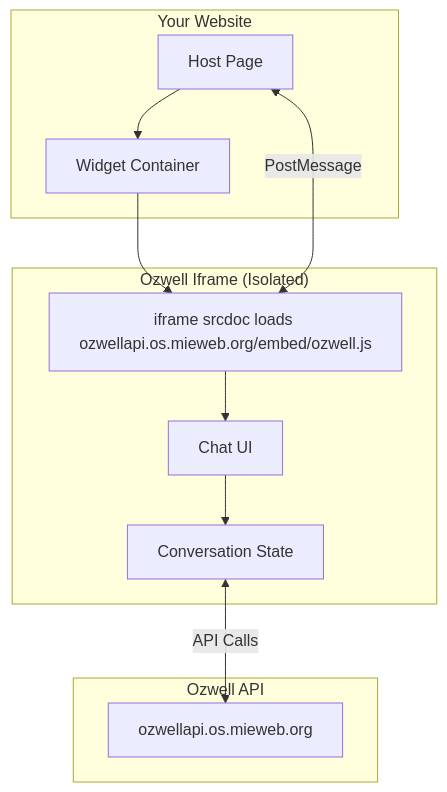
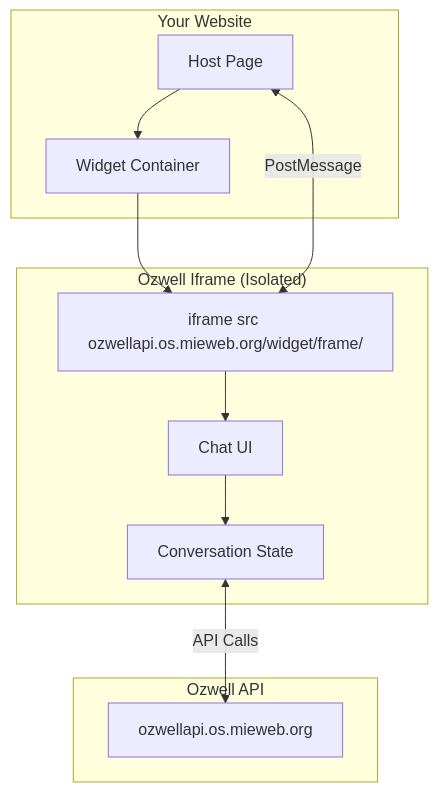
The diagram in docs/frontend/iframe-integration.md (mieweb/ozwellai-api), drawn with Mermaid before and after one commit. The commit also changed other lines of this file and 18 other files, not shown here.

````diff
--- a/docs/frontend/iframe-integration.md
+++ b/docs/frontend/iframe-integration.md
@@ -13,24 +13,24 @@
 ```mermaid
 graph TB
     subgraph "Your Website"
         Parent[Host Page]
         Container[Widget Container]
     end
     
     subgraph "Ozwell Iframe (Isolated)"
-        Iframe[iframe srcdoc loads ozwellapi.os.mieweb.org/embed/ozwell.js]
+        Iframe[iframe src ozwellapi.os.mieweb.org/widget/frame/]
         UI[Chat UI]
         State[Conversation State]
     end
     
     subgraph "Ozwell API"
         API[ozwellapi.os.mieweb.org]
     end
     
     Parent --> Container
     Container --> Iframe
     Iframe --> UI
     UI --> State
     State <-->|API Calls| API
     Parent <-->|PostMessage| Iframe
 ```
````
